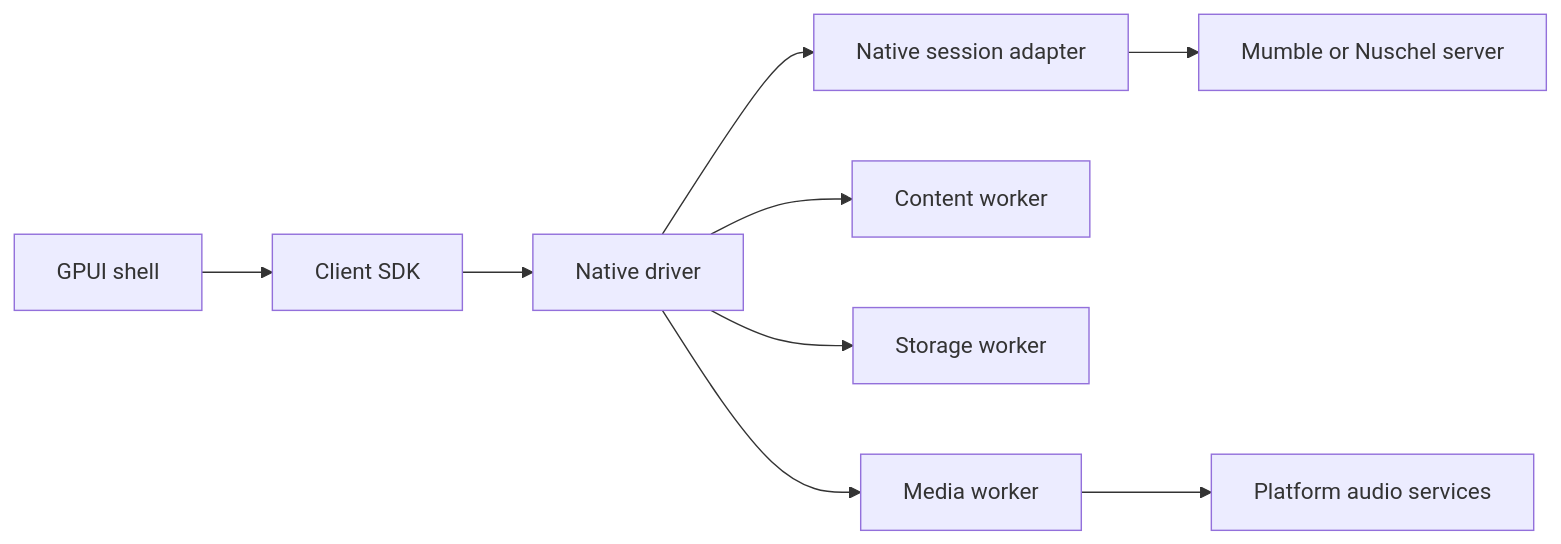
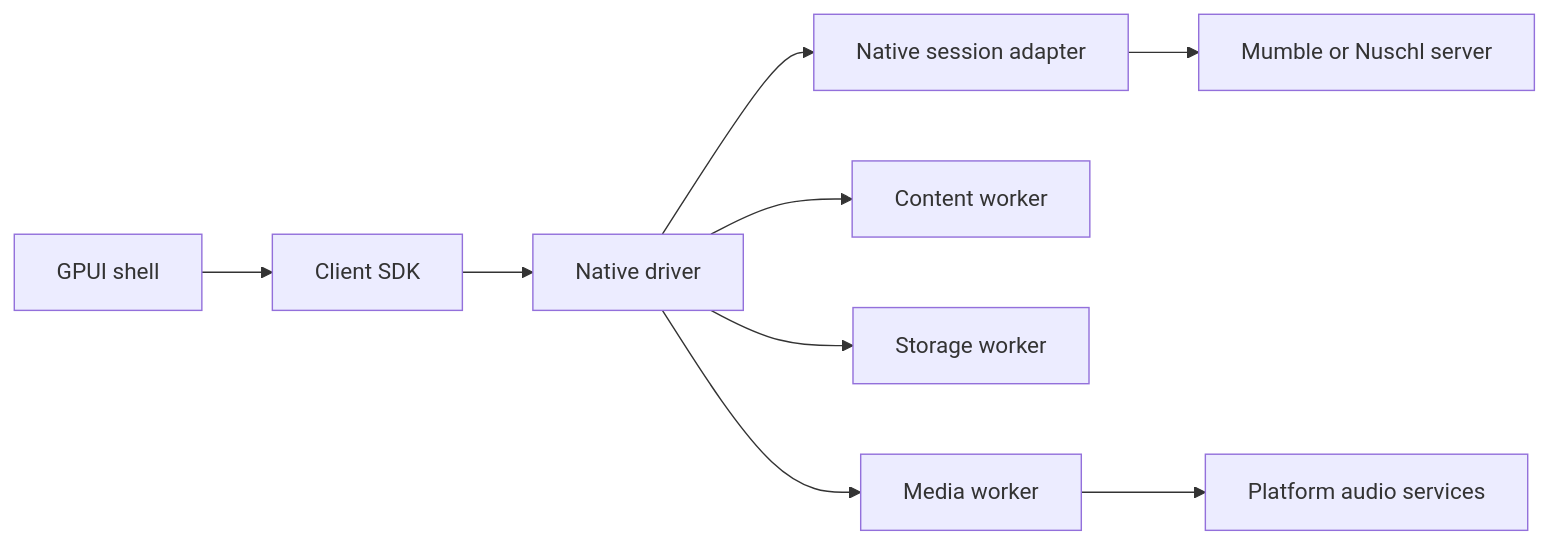
Before and after one commit to ambiso/nuschel: the diagram in docs/architecture.md, drawn with Mermaid. The commit also changed other lines of this file and 432 other files, not shown here.

Commit message:
rename: move Nuschel to nuschl and preserve legacy client profiles

````diff
--- a/docs/architecture.md
+++ b/docs/architecture.md
@@ -38,11 +38,11 @@
 ```mermaid
 flowchart LR
     UI[GPUI shell] --> Client[Client SDK]
     Client --> Driver[Native driver]
     Driver --> Session[Native session adapter]
-    Session --> Server[Mumble or Nuschel server]
+    Session --> Server[Mumble or Nuschl server]
     Driver --> Content[Content worker]
     Driver --> Storage[Storage worker]
     Driver --> Media[Media worker]
     Media --> Devices[Platform audio services]
 ```
````
